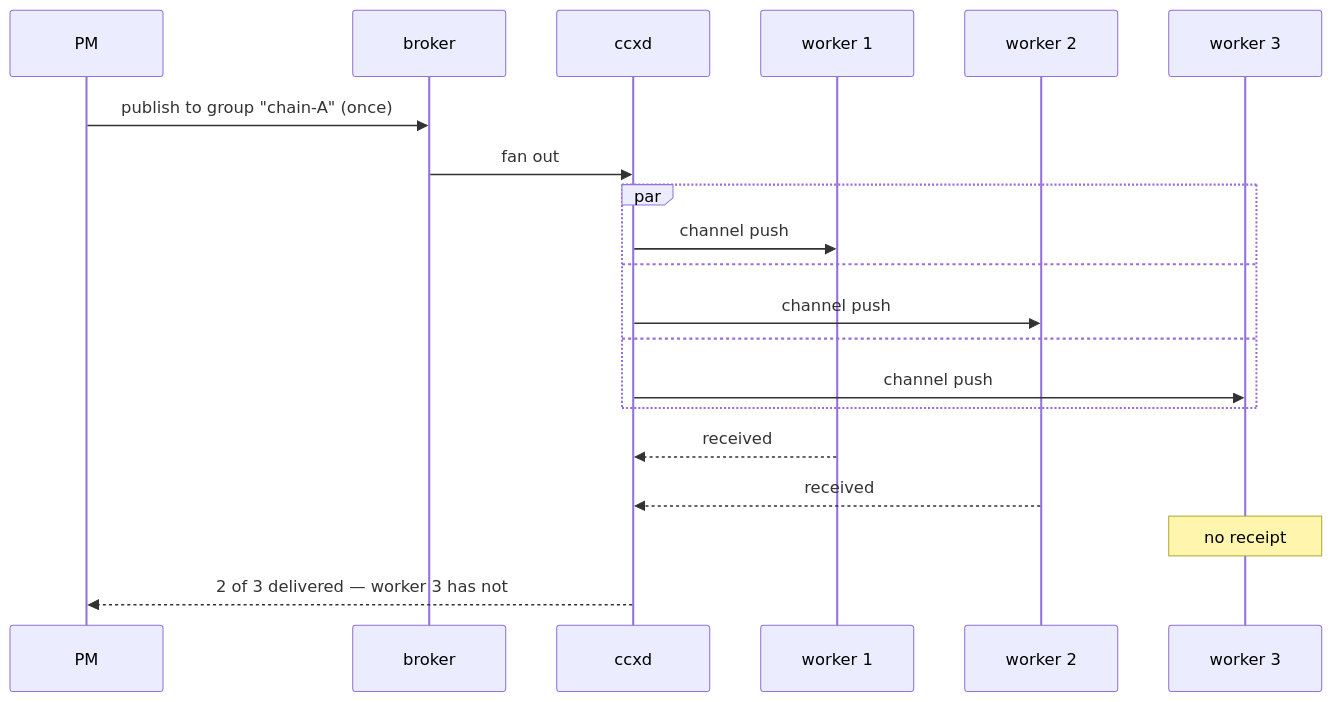
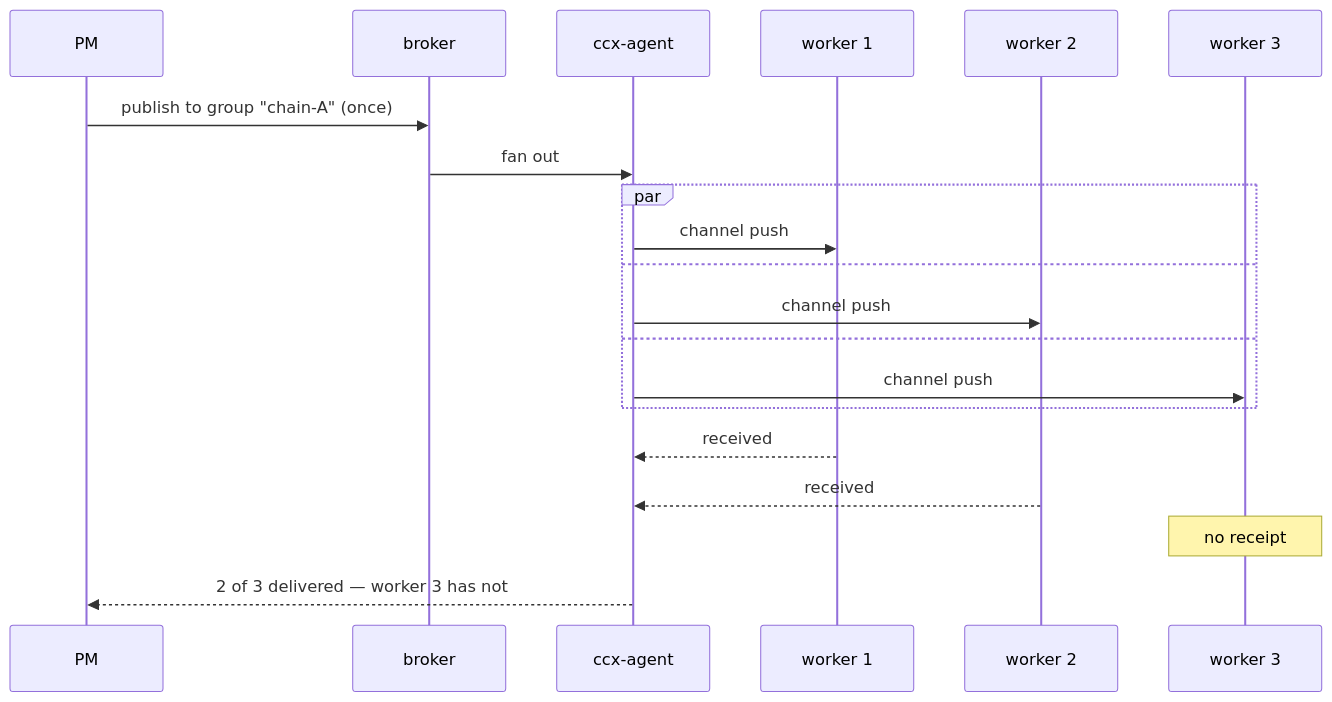
One commit to TakashiAihara/ccx changed the third of 8 diagrams in docs/design/use-cases.md. Above: the diagram before and after it, drawn with Mermaid. The commit also changed other lines of this file and 58 other files, not shown here.

First line of the commit message:
chore: rename ccxd to ccx-agent (#131)

````diff
--- a/docs/design/use-cases.md
+++ b/docs/design/use-cases.md
@@ -95,23 +95,23 @@
 ```mermaid
 sequenceDiagram
     participant PM
     participant B as broker
-    participant CCXD as ccxd
+    participant AGENT as ccx-agent
     participant W1 as worker 1
     participant W2 as worker 2
     participant W3 as worker 3
 
     PM->>B: publish to group "chain-A" (once)
-    B->>CCXD: fan out
+    B->>AGENT: fan out
     par
-        CCXD->>W1: channel push
+        AGENT->>W1: channel push
     and
-        CCXD->>W2: channel push
+        AGENT->>W2: channel push
     and
-        CCXD->>W3: channel push
+        AGENT->>W3: channel push
     end
-    W1-->>CCXD: received
-    W2-->>CCXD: received
+    W1-->>AGENT: received
+    W2-->>AGENT: received
     Note over W3: no receipt
-    CCXD-->>PM: 2 of 3 delivered — worker 3 has not
+    AGENT-->>PM: 2 of 3 delivered — worker 3 has not
 ```
````
